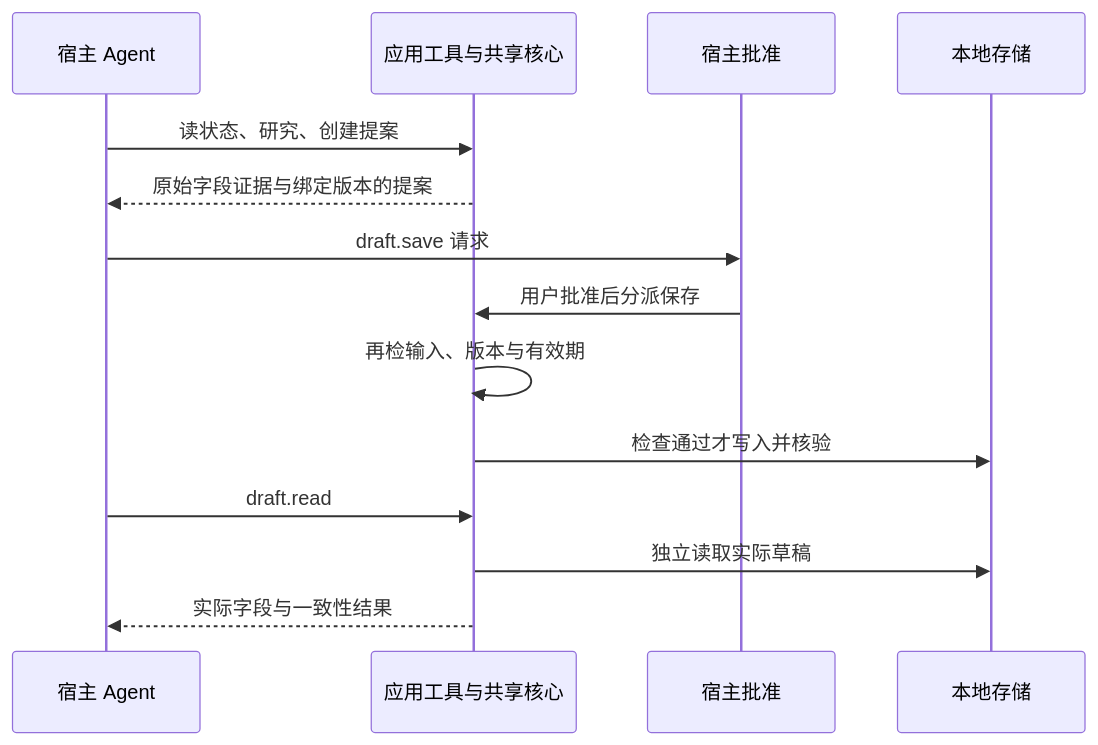
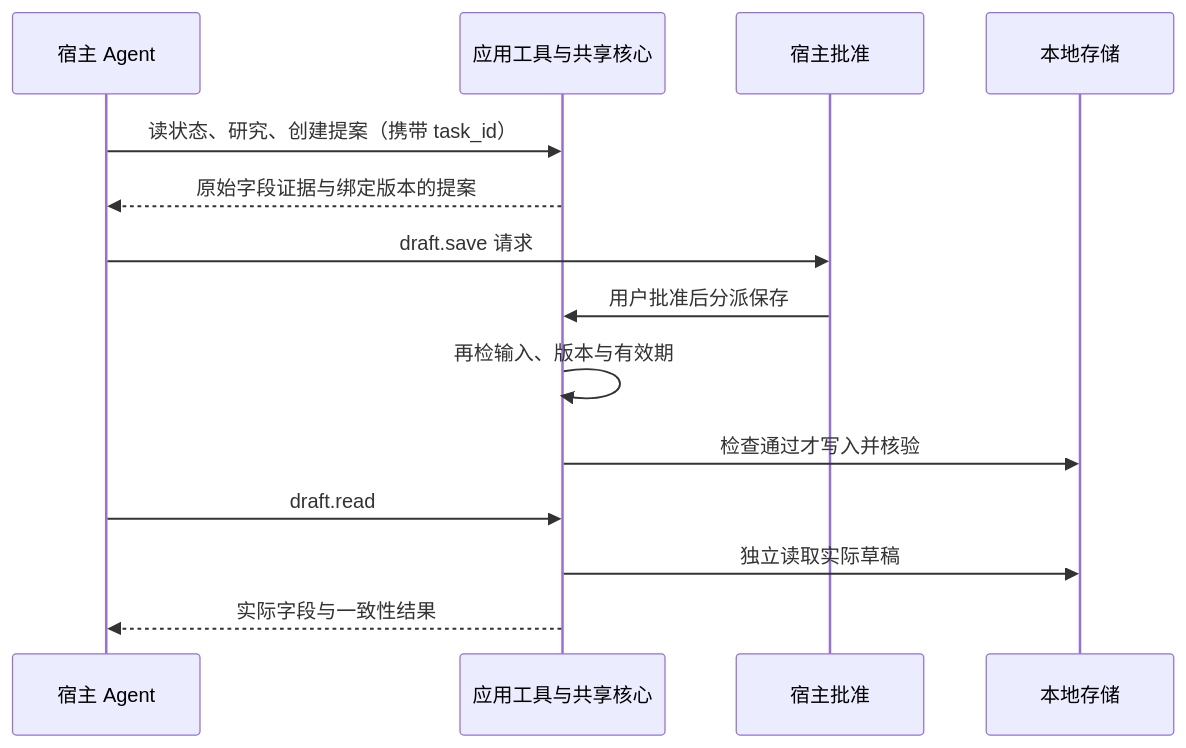
Before and after one commit to prettygirlisnotme/TraceShop: the first of 2 diagrams in docs/HANDOFF.md, drawn with Mermaid. The commit also changed other lines of this file and 17 other files, not shown here.

````diff
--- a/docs/HANDOFF.md
+++ b/docs/HANDOFF.md
@@ -16,16 +18,16 @@
 ```mermaid
 sequenceDiagram
     participant A as 宿主 Agent
     participant T as 应用工具与共享核心
     participant H as 宿主批准
     participant S as 本地存储
-    A->>T: 读状态、研究、创建提案
+    A->>T: 读状态、研究、创建提案（携带 task_id）
     T-->>A: 原始字段证据与绑定版本的提案
     A->>H: draft.save 请求
     H->>T: 用户批准后分派保存
     T->>T: 再检输入、版本与有效期
     T->>S: 检查通过才写入并核验
     A->>T: draft.read
     T->>S: 独立读取实际草稿
     T-->>A: 实际字段与一致性结果
 ```
````
